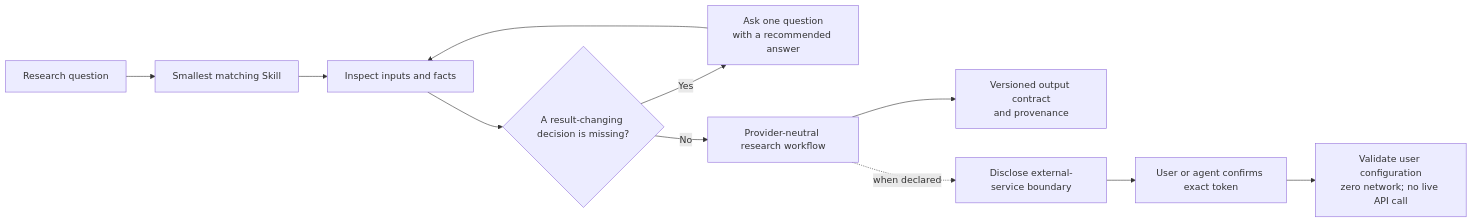
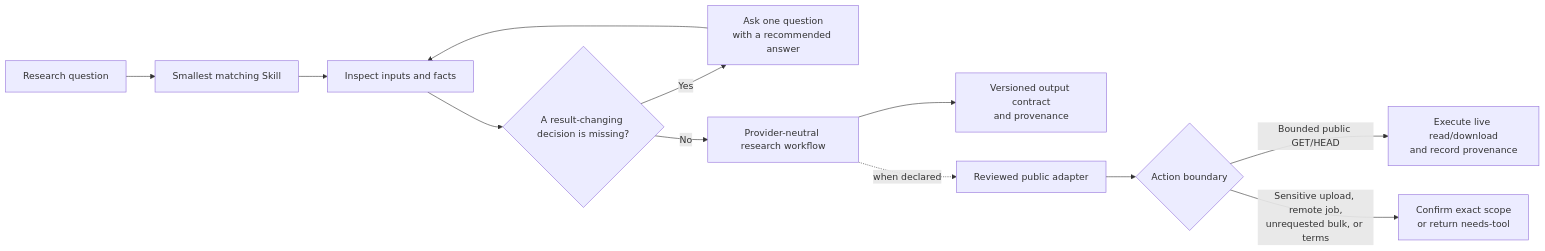
One commit to SteveTangent/goose-bio-skills changed the diagram in README.md. Above: the diagram before and after it, drawn with Mermaid. The commit also changed other lines of this file and 66 other files, not shown here.

Commit message:
Release Phase 1 live public research access v0.3.0

````diff
--- a/README.md
+++ b/README.md
@@ -22,13 +22,14 @@
 ```mermaid
 flowchart LR
     Q["Research question"] --> S["Smallest matching Skill"]
     S --> F["Inspect inputs and facts"]
     F --> D{"A result-changing decision is missing?"}
     D -- "Yes" --> A["Ask one question<br/>with a recommended answer"]
     A --> F
     D -- "No" --> C["Provider-neutral research workflow"]
     C --> O["Versioned output contract<br/>and provenance"]
-    C -. "when declared" .-> X["Disclose external-service boundary"]
-    X --> T["User or agent confirms exact token"]
-    T --> P["Validate user configuration<br/>zero network; no live API call"]
+    C -. "when declared" .-> X["Reviewed public adapter"]
+    X --> T{"Action boundary"}
+    T -- "Bounded public GET/HEAD" --> P["Execute live read/download<br/>and record provenance"]
+    T -- "Sensitive upload, remote job,<br/>unrequested bulk, or terms" --> H["Confirm exact scope<br/>or return needs-tool"]
 ```
````
